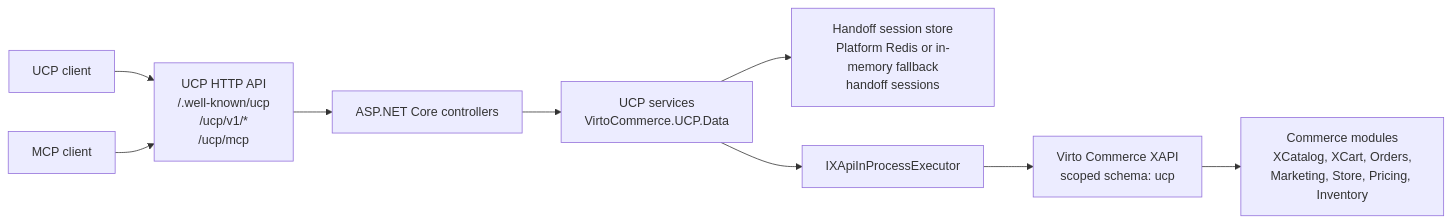
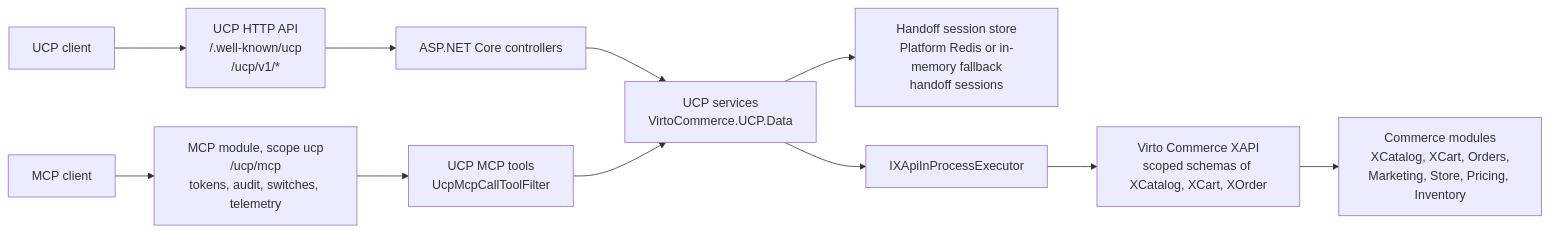
One commit to VirtoCommerce/vc-module-ucp changed the second of 2 diagrams in README.md. Above: the diagram before and after it, drawn with Mermaid. The commit also changed other lines of this file and 123 other files, not shown here.

Commit message:
VCST-6155: Serve the UCP MCP endpoint through the MCP module (#13)

````diff
--- a/README.md
+++ b/README.md
@@ -401,21 +501,25 @@
 ```mermaid
 flowchart LR
     Client["UCP client"]
     McpClient["MCP client"]
-    UcpHttp["UCP HTTP API<br/>/.well-known/ucp<br/>/ucp/v1/*<br/>/ucp/mcp"]
+    UcpHttp["UCP HTTP API<br/>/.well-known/ucp<br/>/ucp/v1/*"]
+    Mcp["MCP module, scope ucp<br/>/ucp/mcp<br/>tokens, audit, switches, telemetry"]
     Controllers["ASP.NET Core controllers"]
+    Tools["UCP MCP tools<br/>UcpMcpCallToolFilter"]
     Services["UCP services<br/>VirtoCommerce.UCP.Data"]
     Cache["Handoff session store<br/>Platform Redis or in-memory fallback<br/>handoff sessions"]
     Executor["IXApiInProcessExecutor"]
-    XApi["Virto Commerce XAPI<br/>scoped schema: ucp"]
+    XApi["Virto Commerce XAPI<br/>scoped schemas of XCatalog, XCart, XOrder"]
     Modules["Commerce modules<br/>XCatalog, XCart, Orders,<br/>Marketing, Store, Pricing, Inventory"]
 
     Client --> UcpHttp
-    McpClient --> UcpHttp
+    McpClient --> Mcp
     UcpHttp --> Controllers
+    Mcp --> Tools
     Controllers --> Services
+    Tools --> Services
     Services --> Cache
     Services --> Executor
     Executor --> XApi
     XApi --> Modules
 ```
````
